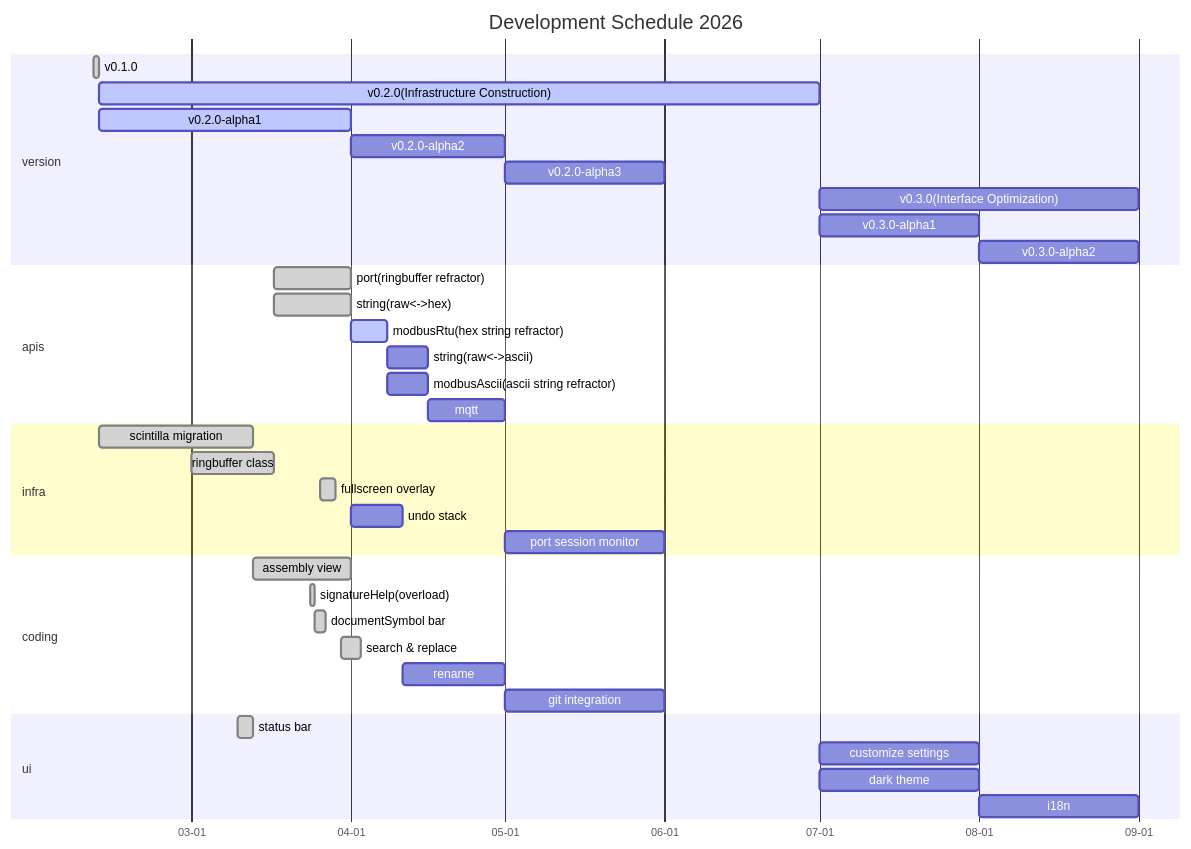
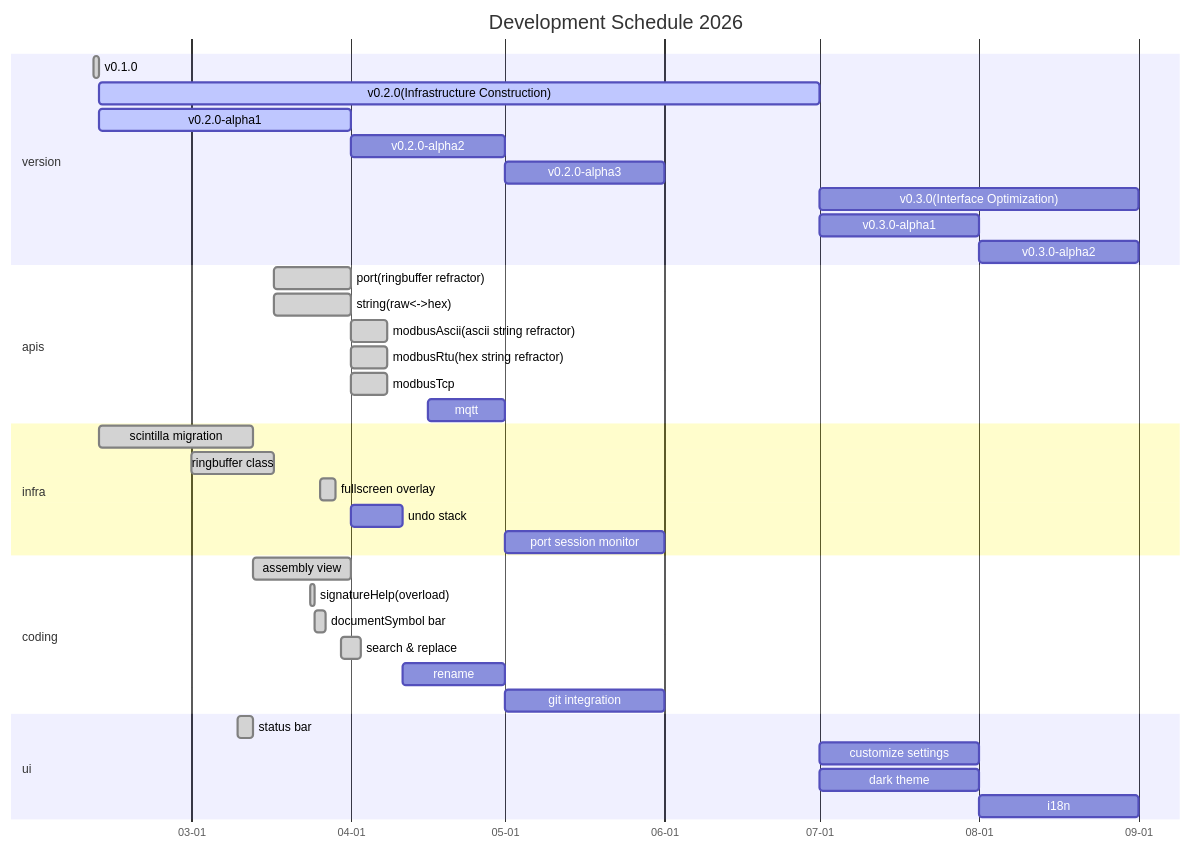
Before and after one commit to zyt20001205/UniComm2: the second of 3 diagrams in README.md, drawn with Mermaid. The commit also changed other lines of this file and 7 other files, not shown here.

Commit message:
modbus tcp supported

````diff
--- a/README.md
+++ b/README.md
@@ -79,46 +79,46 @@
 ```mermaid
 gantt
     title Development Schedule 2026
     dateFormat MM-DD
     axisFormat %m-%d
     tickInterval 1month
 
     section version
         v0.1.0: done, 02-10, 1d
         v0.2.0(Infrastructure Construction): active, 02-11, 140d
         v0.2.0-alpha1: active, 02-11, 49d
         v0.2.0-alpha2: 04-01, 30d
         v0.2.0-alpha3: 05-01, 31d
         v0.3.0(Interface Optimization): 07-01, 62d
         v0.3.0-alpha1: 07-01, 31d
         v0.3.0-alpha2: 08-01, 31d
 
     section apis
         port(ringbuffer refractor): done, 03-17, 15d
         string(raw<->hex): done, 03-17, 15d
-        modbusRtu(hex string refractor): active, 04-01, 7d
-        string(raw<->ascii): 04-08, 8d
-        modbusAscii(ascii string refractor): 04-08, 8d
+        modbusAscii(ascii string refractor): done, 04-01, 7d
+        modbusRtu(hex string refractor): done, 04-01, 7d
+        modbusTcp: done, 04-01, 7d
         mqtt: 04-16, 15d
-        
+
     section infra
         scintilla migration: done, 02-11, 30d
         ringbuffer class: done, 03-01, 16d
         fullscreen overlay: done, 03-26, 3d
         undo stack: 04-01, 10d
         port session monitor: 05-01, 31d
 
     section coding
         assembly view: done, 03-13, 19d
         signatureHelp(overload): done, 03-24, 1d
         documentSymbol bar: done, 03-25, 2d
         search & replace: done, 03-30, 4d
         rename: 04-11, 20d
         git integration: 05-01, 31d
 
     section ui
         status bar: done, 03-10, 3d
         customize settings: 07-01, 31d
         dark theme: 07-01, 31d
         i18n: 08-01, 31d
 ```
````
